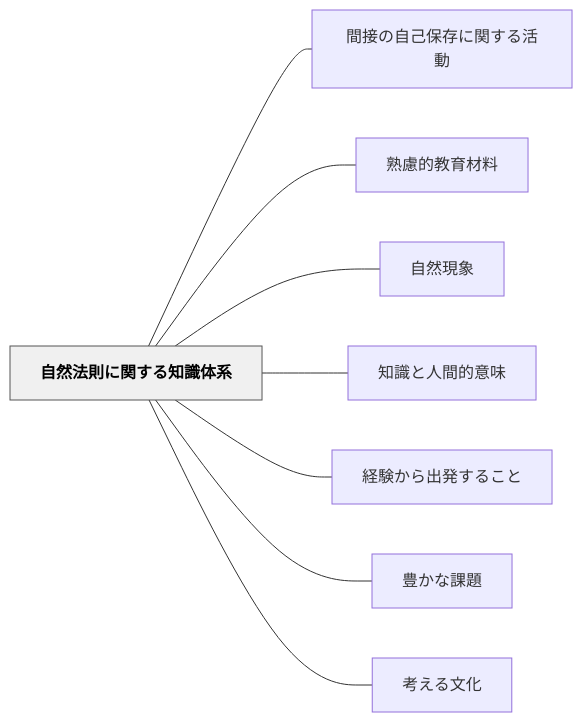
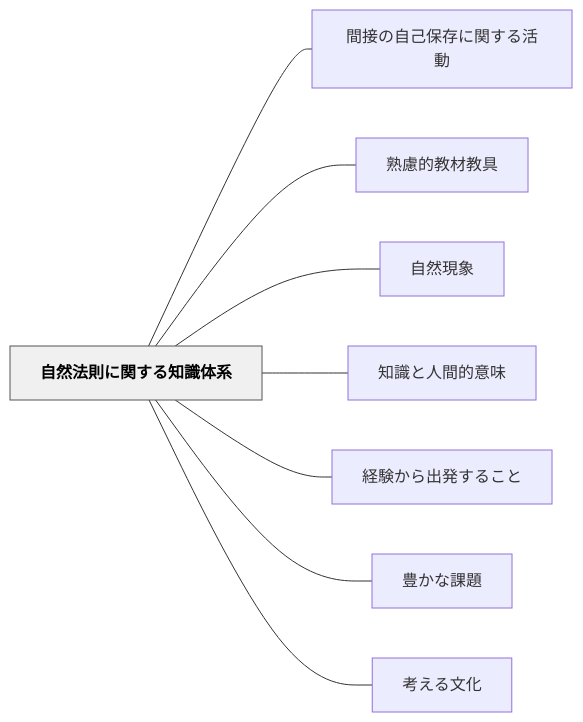
Before and after one commit to unknownthings-ed-patterns/unknownthings-ed-patterns: the diagram in content/パタン/自然法則に関する知識体系.md, drawn with Mermaid. The commit also changed other lines of this file and 72 other files, not shown here.

````diff
--- a/content/パタン/自然法則に関する知識体系.md
+++ b/content/パタン/自然法則に関する知識体系.md
@@ -49,22 +49,22 @@
 ```mermaid
 flowchart LR
     ne887aae784b6e6b395e58987e381abe996a2e38199e3828be79fa5e8ad98e4bd93e7b3bb["自然法則に関する知識体系"]
     ne99693e68ea5e381aee887aae5b7b1e4bf9de5ad98e381abe996a2e38199e3828be6b4bbe58b95["間接の自己保存に関する活動"]
-    ne7869fe685aee79a84e69599e882b2e69d90e69699["熟慮的教育材料"]
+    ne7869fe685aee79a84e69599e69d90e69599e585b7["熟慮的教材教具"]
     ne887aae784b6e78fbee8b1a1["自然現象"]
     ne79fa5e8ad98e381a8e4babae99693e79a84e6848fe591b3["知識と人間的意味"]
     ne7b58ce9a893e3818be38289e587bae799bae38199e3828be38193e381a8["経験から出発すること"]
     ne8b18ae3818be381aae8aab2e9a18c["豊かな課題"]
     ne88083e38188e3828be69687e58c96["考える文化"]
 
     ne887aae784b6e6b395e58987e381abe996a2e38199e3828be79fa5e8ad98e4bd93e7b3bb --- ne99693e68ea5e381aee887aae5b7b1e4bf9de5ad98e381abe996a2e38199e3828be6b4bbe58b95
-    ne887aae784b6e6b395e58987e381abe996a2e38199e3828be79fa5e8ad98e4bd93e7b3bb --- ne7869fe685aee79a84e69599e882b2e69d90e69699
+    ne887aae784b6e6b395e58987e381abe996a2e38199e3828be79fa5e8ad98e4bd93e7b3bb --- ne7869fe685aee79a84e69599e69d90e69599e585b7
     ne887aae784b6e6b395e58987e381abe996a2e38199e3828be79fa5e8ad98e4bd93e7b3bb --- ne887aae784b6e78fbee8b1a1
     ne887aae784b6e6b395e58987e381abe996a2e38199e3828be79fa5e8ad98e4bd93e7b3bb --- ne79fa5e8ad98e381a8e4babae99693e79a84e6848fe591b3
     ne887aae784b6e6b395e58987e381abe996a2e38199e3828be79fa5e8ad98e4bd93e7b3bb --- ne7b58ce9a893e3818be38289e587bae799bae38199e3828be38193e381a8
     ne887aae784b6e6b395e58987e381abe996a2e38199e3828be79fa5e8ad98e4bd93e7b3bb --- ne8b18ae3818be381aae8aab2e9a18c
     ne887aae784b6e6b395e58987e381abe996a2e38199e3828be79fa5e8ad98e4bd93e7b3bb --- ne88083e38188e3828be69687e58c96
 
     classDef hub fill:#f0f0f0,stroke:#555,color:#000,font-weight:bold
     class ne887aae784b6e6b395e58987e381abe996a2e38199e3828be79fa5e8ad98e4bd93e7b3bb hub
 ```
````
